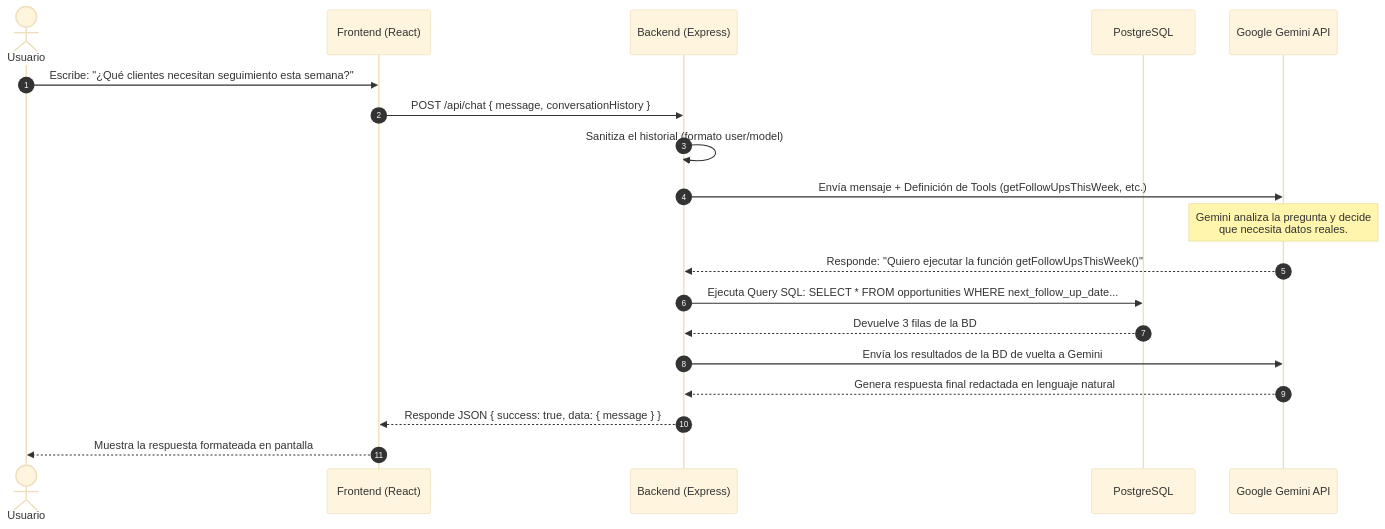
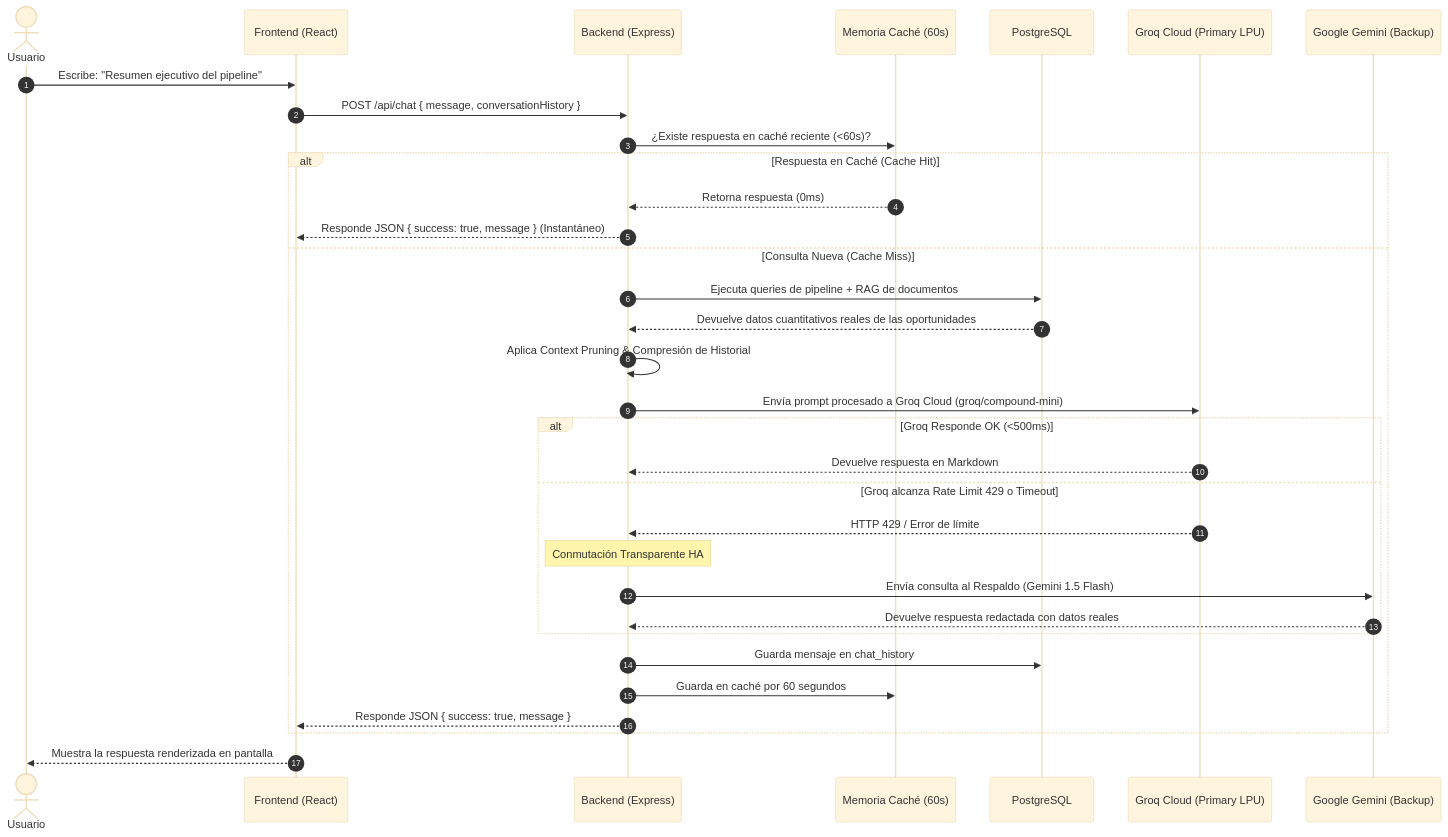
Before and after one commit to rasoh2/crm: the diagram in docs/guia-explicacion-jr.md, drawn with Mermaid (base theme). The commit also changed other lines of this file and 12 other files, not shown here.

Commit message:
feat: migrar IA a Groq Cloud con respaldo HA en Gemini, optimizacion de tokens, cache de respuesta y estabilizacion de WebSockets

````diff
--- a/docs/guia-explicacion-jr.md
+++ b/docs/guia-explicacion-jr.md
@@ -53,22 +52,36 @@
 ```mermaid
 sequenceDiagram
     autonumber
     actor Usuario
     participant FE as Frontend (React)
     participant BE as Backend (Express)
+    participant Cache as Memoria Caché (60s)
     participant BD as PostgreSQL
-    participant AI as Google Gemini API
+    participant Groq as Groq Cloud (Primary LPU)
+    participant Gemini as Google Gemini (Backup)
 
-    Usuario->>FE: Escribe: "¿Qué clientes necesitan seguimiento esta semana?"
+    Usuario->>FE: Escribe: "Resumen ejecutivo del pipeline"
     FE->>BE: POST /api/chat { message, conversationHistory }
-    BE->>BE: Sanitiza el historial (formato user/model)
-    BE->>AI: Envía mensaje + Definición de Tools (getFollowUpsThisWeek, etc.)
-    Note over AI: Gemini analiza la pregunta y decide<br/>que necesita datos reales.
-    AI-->>BE: Responde: "Quiero ejecutar la función getFollowUpsThisWeek()"
-    BE->>BD: Ejecuta Query SQL: SELECT * FROM opportunities WHERE next_follow_up_date...
-    BD-->>BE: Devuelve 3 filas de la BD
-    BE->>AI: Envía los resultados de la BD de vuelta a Gemini
-    AI-->>BE: Genera respuesta final redactada en lenguaje natural
-    BE-->>FE: Responde JSON { success: true, data: { message } }
-    FE-->>Usuario: Muestra la respuesta formateada en pantalla
+    BE->>Cache: ¿Existe respuesta en caché reciente (<60s)?
+    alt Respuesta en Caché (Cache Hit)
+        Cache-->>BE: Retorna respuesta (0ms)
+        BE-->>FE: Responde JSON { success: true, message } (Instantáneo)
+    else Consulta Nueva (Cache Miss)
+        BE->>BD: Ejecuta queries de pipeline + RAG de documentos
+        BD-->>BE: Devuelve datos cuantitativos reales de las oportunidades
+        BE->>BE: Aplica Context Pruning & Compresión de Historial
+        BE->>Groq: Envía prompt procesado a Groq Cloud (groq/compound-mini)
+        alt Groq Responde OK (<500ms)
+            Groq-->>BE: Devuelve respuesta en Markdown
+        else Groq alcanza Rate Limit 429 o Timeout
+            Groq-->>BE: HTTP 429 / Error de límite
+            Note over BE: Conmutación Transparente HA
+            BE->>Gemini: Envía consulta al Respaldo (Gemini 1.5 Flash)
+            Gemini-->>BE: Devuelve respuesta redactada con datos reales
+        end
+        BE->>BD: Guarda mensaje en chat_history
+        BE->>Cache: Guarda en caché por 60 segundos
+        BE-->>FE: Responde JSON { success: true, message }
+    end
+    FE-->>Usuario: Muestra la respuesta renderizada en pantalla
 ```
````
